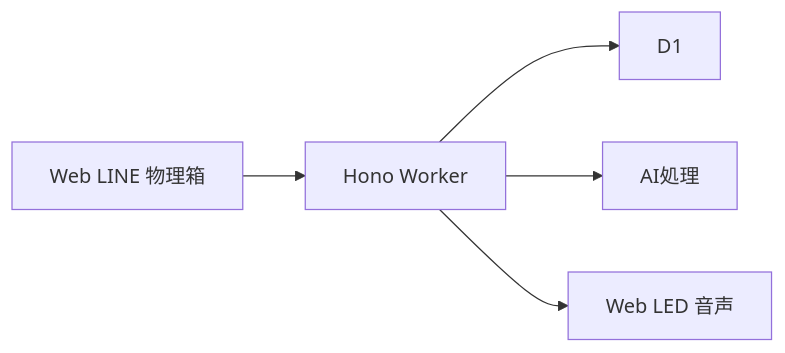
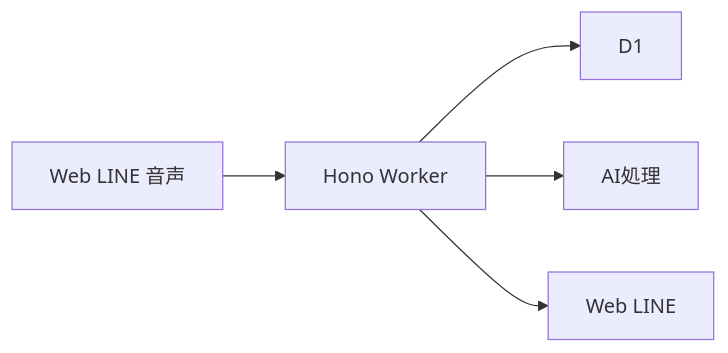
One commit to Digix00/58-Hackathon-202609 changed the second of 2 diagrams in docs/requirements-definition.md. Above: the diagram before and after it, drawn with Mermaid. The commit also changed other lines of this file, not shown here.

````diff
--- a/docs/requirements-definition.md
+++ b/docs/requirements-definition.md
@@ -412,7 +461,7 @@
 ```mermaid
 flowchart LR
-  Sources["Web LINE 物理箱"] --> Worker["Hono Worker"]
+  Sources["Web LINE 音声"] --> Worker["Hono Worker"]
   Worker --> D1["D1"]
   Worker --> AI["AI処理"]
-  Worker --> Output["Web LED 音声"]
+  Worker --> Output["Web LINE"]
 ```
````
